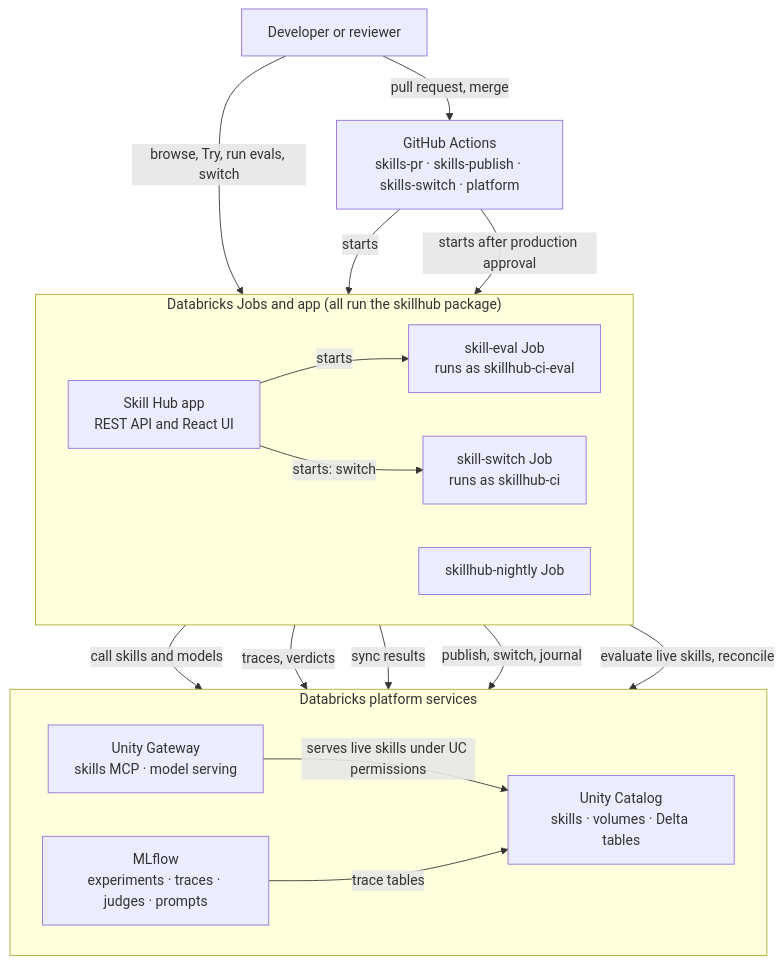
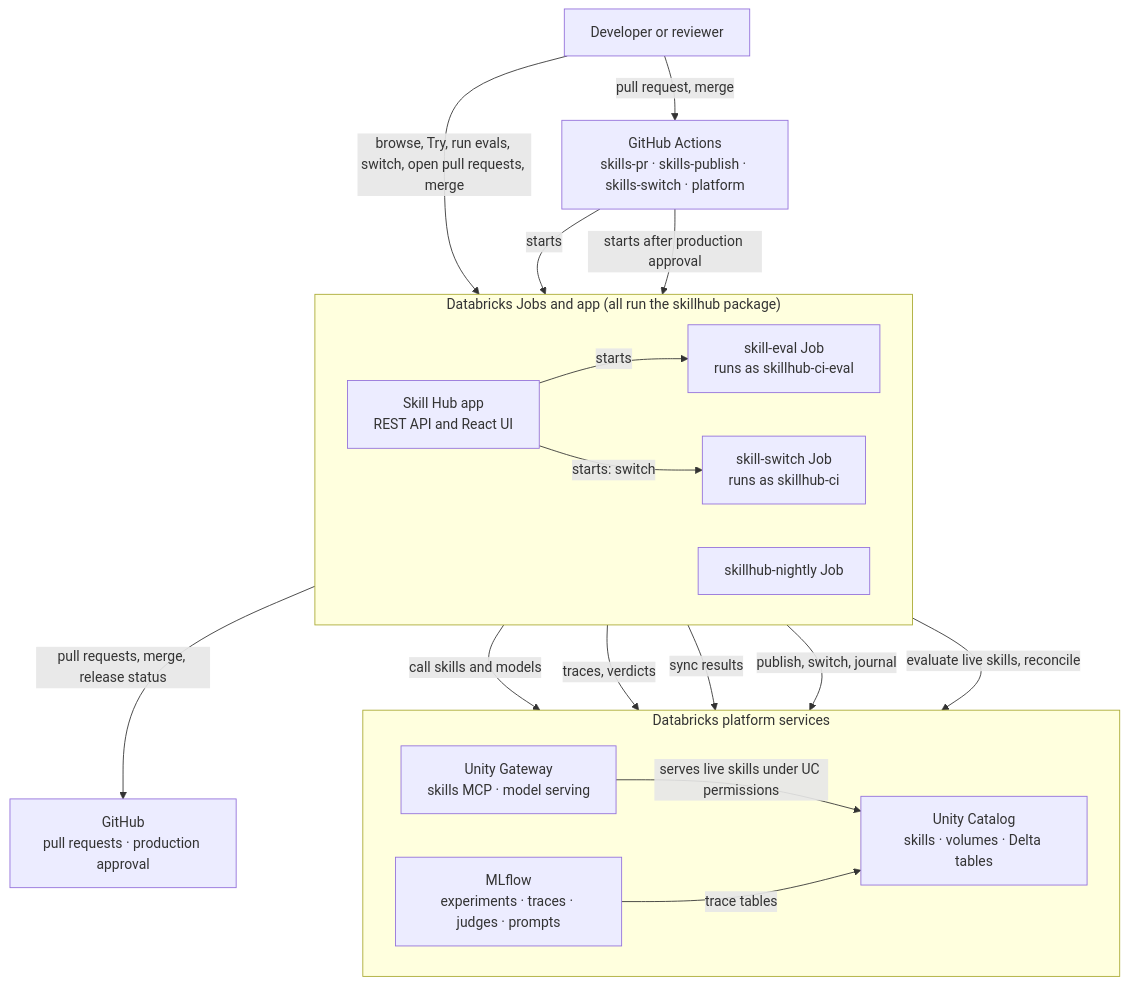
One commit to manganganath/agent-skill-eval-on-databricks changed the third of 4 diagrams in docs/architecture.md. Above: the diagram before and after it, drawn with Mermaid. The commit also changed other lines of this file and 6 other files, not shown here.

````diff
--- a/docs/architecture.md
+++ b/docs/architecture.md
@@ -92,31 +93,33 @@
 ```mermaid
 flowchart TB
   dev["Developer or reviewer"]
+  ghub["GitHub<br/>pull requests · production approval"]
   gh["GitHub Actions<br/>skills-pr · skills-publish · skills-switch · platform"]
   subgraph dbx["Databricks Jobs and app (all run the skillhub package)"]
     direction LR
     jeval["skill-eval Job<br/>runs as skillhub-ci-eval"]
     jswitch["skill-switch Job<br/>runs as skillhub-ci"]
     jnight["skillhub-nightly Job"]
     app["Skill Hub app<br/>REST API and React UI"]
   end
   subgraph plat["Databricks platform services"]
     direction LR
     ug["Unity Gateway<br/>skills MCP · model serving"]
     ml["MLflow<br/>experiments · traces · judges · prompts"]
     uc["Unity Catalog<br/>skills · volumes · Delta tables"]
   end
   dev -->|"pull request, merge"| gh
-  dev -->|"browse, Try, run evals, switch"| app
+  dev -->|"browse, Try, run evals, switch, open pull requests, merge"| app
   gh -->|"starts"| jeval
   gh -->|"starts after production approval"| jswitch
   app -->|"starts"| jeval
   app -->|"starts: switch"| jswitch
+  app -->|"pull requests, merge, release status"| ghub
   jeval -->|"call skills and models"| ug
   jeval -->|"traces, verdicts"| ml
   jeval -->|"sync results"| uc
   jswitch -->|"publish, switch, journal"| uc
   jnight -->|"evaluate live skills, reconcile"| uc
   ug -->|"serves live skills under UC permissions"| uc
   ml -->|"trace tables"| uc
 ```
````
